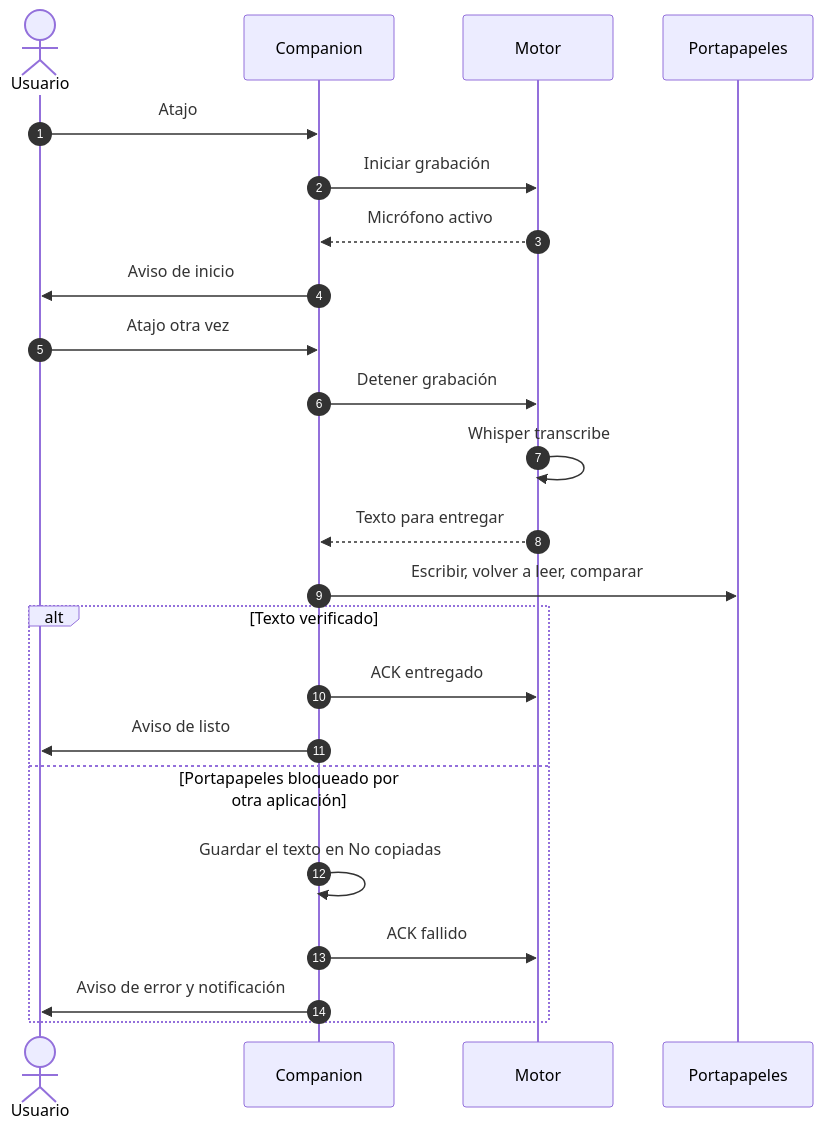
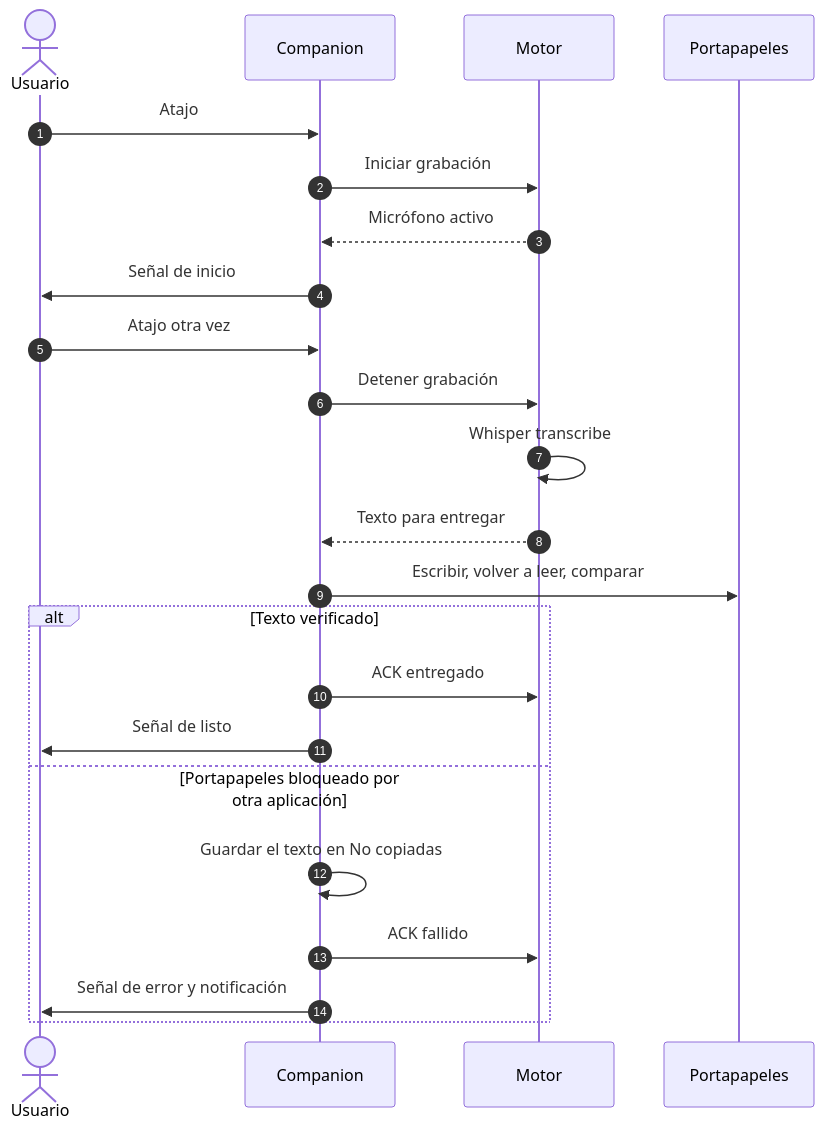
Before and after one commit to nano-br/voice-mate: the third of 5 diagrams in README.es.md, drawn with Mermaid. The commit also changed other lines of this file and 1 other file, not shown here.

````diff
--- a/README.es.md
+++ b/README.es.md
@@ -206,25 +206,25 @@
 ```mermaid
 sequenceDiagram
     autonumber
     actor U as Usuario
     participant C as Companion
     participant E as Motor
     participant CB as Portapapeles
     U->>C: Atajo
     C->>E: Iniciar grabación
     E-->>C: Micrófono activo
-    C->>U: Aviso de inicio
+    C->>U: Señal de inicio
     U->>C: Atajo otra vez
     C->>E: Detener grabación
     E->>E: Whisper transcribe
     E-->>C: Texto para entregar
     C->>CB: Escribir, volver a leer, comparar
     alt Texto verificado
         C->>E: ACK entregado
-        C->>U: Aviso de listo
+        C->>U: Señal de listo
     else Portapapeles bloqueado por otra aplicación
         C->>C: Guardar el texto en No copiadas
         C->>E: ACK fallido
-        C->>U: Aviso de error y notificación
+        C->>U: Señal de error y notificación
     end
 ```
````
